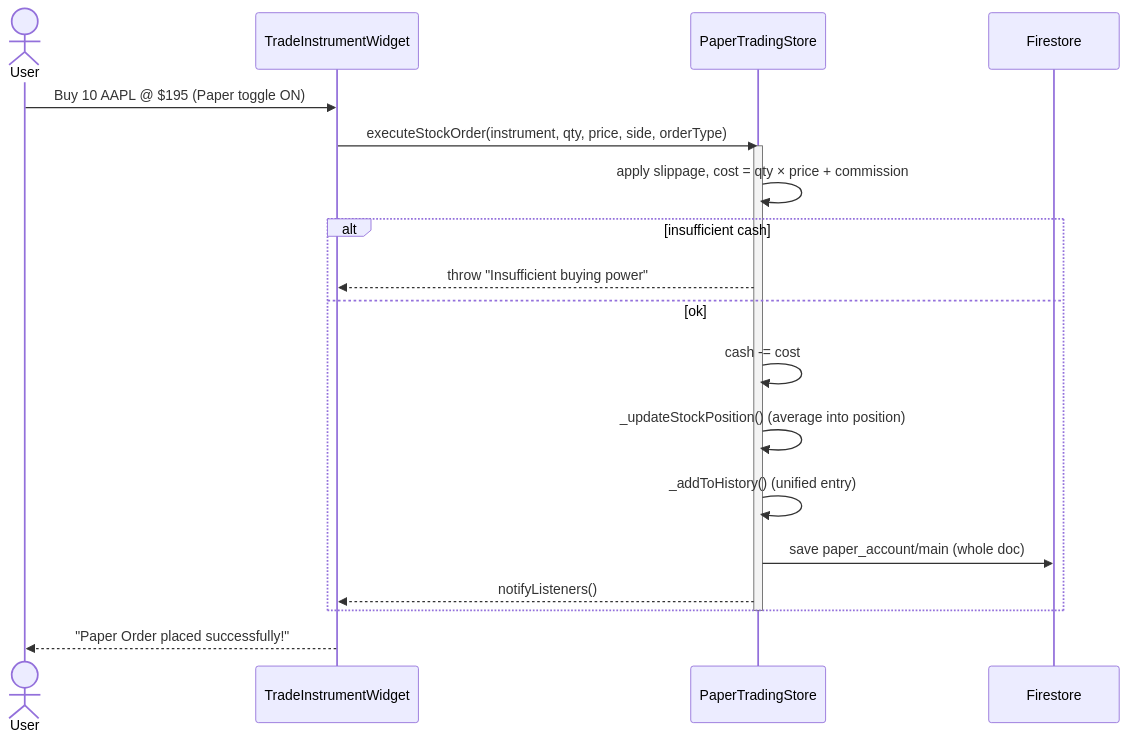
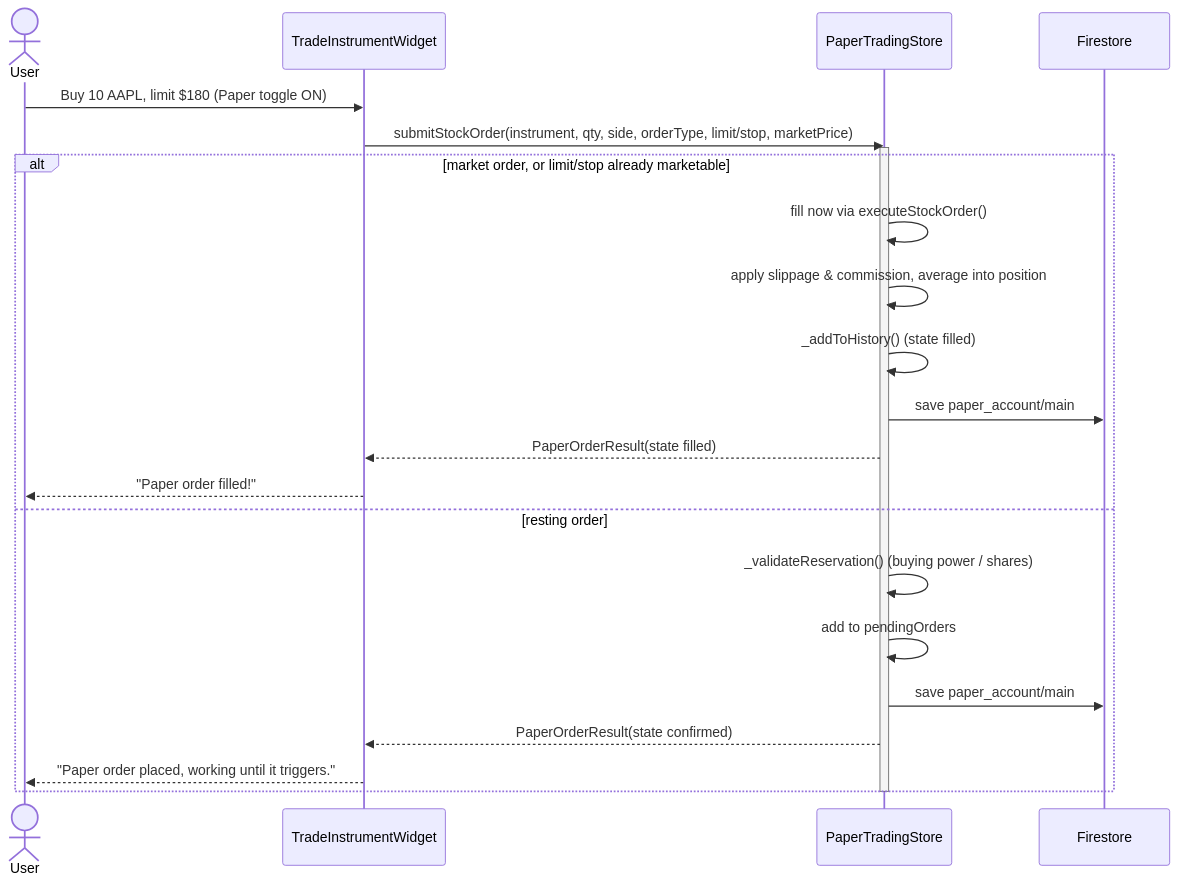
The third of 9 diagrams in docs/paper-trading-architecture.md (CIInc/robinhood-options-mobile), drawn with Mermaid before and after one commit. The commit also changed other lines of this file and 8 other files, not shown here.

First line of the commit message:
feat: Add resting-order engine to paper trading (limit/stop/stop-limit)

````diff
--- a/docs/paper-trading-architecture.md
+++ b/docs/paper-trading-architecture.md
@@ -189,23 +209,26 @@
 ```mermaid
 sequenceDiagram
     actor User
     participant TW as TradeInstrumentWidget
     participant PTS as PaperTradingStore
     participant FS as Firestore
 
-    User->>TW: Buy 10 AAPL @ $195 (Paper toggle ON)
-    TW->>PTS: executeStockOrder(instrument, qty, price, side, orderType)
+    User->>TW: Buy 10 AAPL, limit $180 (Paper toggle ON)
+    TW->>PTS: submitStockOrder(instrument, qty, side, orderType, limit/stop, marketPrice)
     activate PTS
-    PTS->>PTS: apply slippage, cost = qty × price + commission
-    alt insufficient cash
-        PTS-->>TW: throw "Insufficient buying power"
-    else ok
-        PTS->>PTS: cash -= cost
-        PTS->>PTS: _updateStockPosition() (average into position)
-        PTS->>PTS: _addToHistory() (unified entry)
-        PTS->>FS: save paper_account/main (whole doc)
-        PTS-->>TW: notifyListeners()
+    alt market order, or limit/stop already marketable
+        PTS->>PTS: fill now via executeStockOrder()
+        PTS->>PTS: apply slippage & commission, average into position
+        PTS->>PTS: _addToHistory() (state filled)
+        PTS->>FS: save paper_account/main
+        PTS-->>TW: PaperOrderResult(state filled)
+        TW-->>User: "Paper order filled!"
+    else resting order
+        PTS->>PTS: _validateReservation() (buying power / shares)
+        PTS->>PTS: add to pendingOrders
+        PTS->>FS: save paper_account/main
+        PTS-->>TW: PaperOrderResult(state confirmed)
+        TW-->>User: "Paper order placed, working until it triggers."
     end
     deactivate PTS
-    TW-->>User: "Paper Order placed successfully!"
 ```
````
